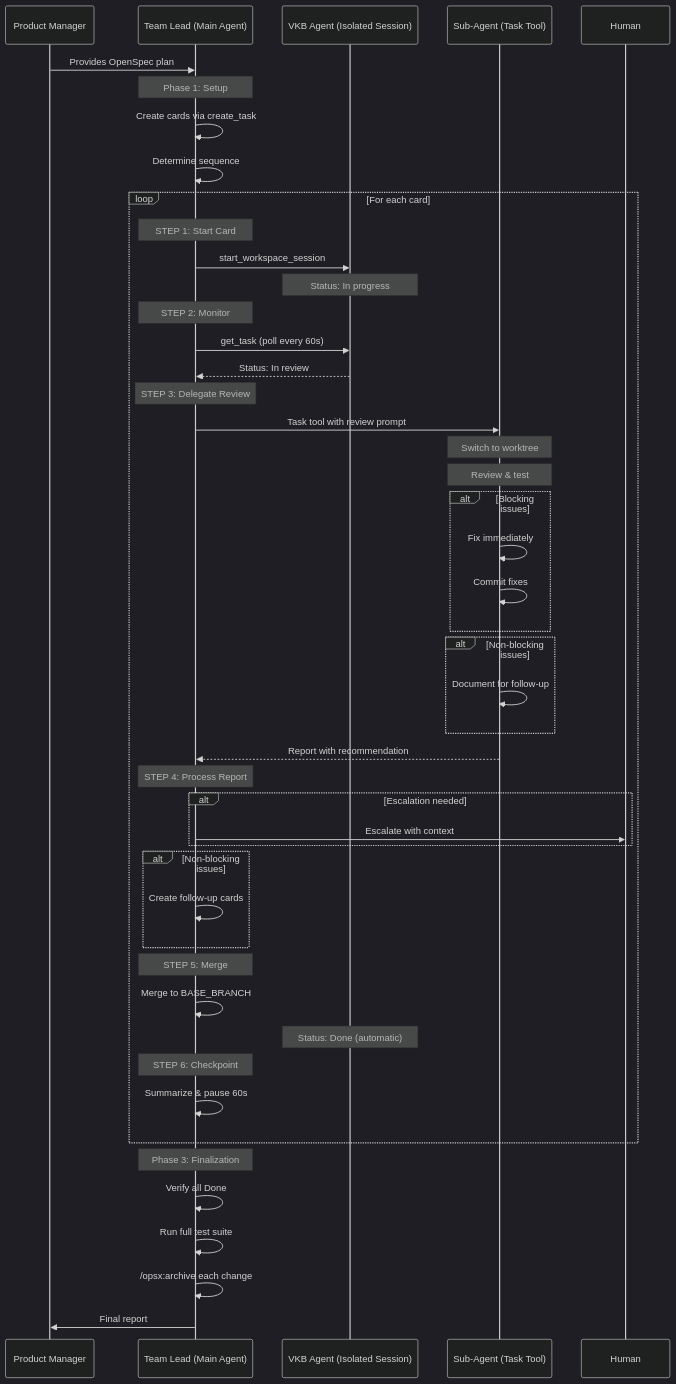
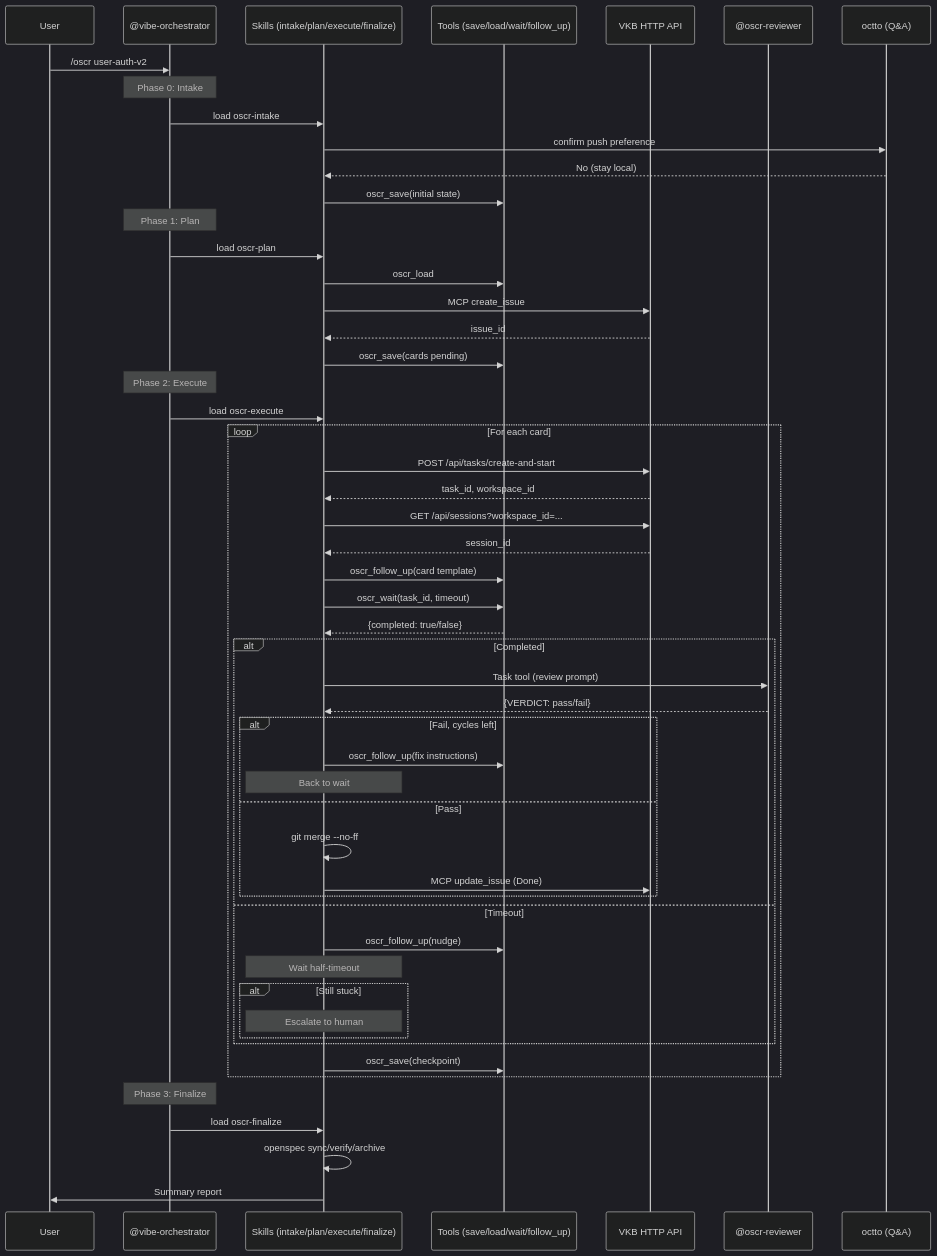
One commit to devensoft/opencode-vkb-oscr changed the third of 4 diagrams in docs/diagrams.md. Above: the diagram before and after it, drawn with Mermaid (dark theme). The commit also changed other lines of this file and 9 other files, not shown here.

First line of the commit message:
docs: update all documentation for new architecture

````diff
--- a/docs/diagrams.md
+++ b/docs/diagrams.md
@@ -105,60 +106,65 @@
 ```mermaid
 sequenceDiagram
-    participant PM as Product Manager
-    participant TL as Team Lead (Main Agent)
-    participant VKB as VKB Agent (Isolated Session)
-    participant SA as Sub-Agent (Task Tool)
-    participant Human as Human
+    participant User
+    participant VO as @vibe-orchestrator
+    participant Skill as Skills (intake/plan/execute/finalize)
+    participant Tool as Tools (save/load/wait/follow_up)
+    participant VKB as VKB HTTP API
+    participant Reviewer as @oscr-reviewer
+    participant Octto as octto (Q&A)
 
-    PM->>TL: Provides OpenSpec plan
+    User->>VO: /oscr user-auth-v2
     
-    Note over TL: Phase 1: Setup
-    TL->>TL: Create cards via create_task
-    TL->>TL: Determine sequence
+    Note over VO: Phase 0: Intake
+    VO->>Skill: load oscr-intake
+    Skill->>Octto: confirm push preference
+    Octto-->>Skill: No (stay local)
+    Skill->>Tool: oscr_save(initial state)
+    
+    Note over VO: Phase 1: Plan
+    VO->>Skill: load oscr-plan
+    Skill->>Tool: oscr_load
+    Skill->>VKB: MCP create_issue
+    VKB-->>Skill: issue_id
+    Skill->>Tool: oscr_save(cards pending)
+    
+    Note over VO: Phase 2: Execute
+    VO->>Skill: load oscr-execute
     
     loop For each card
-        Note over TL: STEP 1: Start Card
-        TL->>VKB: start_workspace_session
-        Note over VKB: Status: In progress
+        Skill->>VKB: POST /api/tasks/create-and-start
+        VKB-->>Skill: task_id, workspace_id
+        Skill->>VKB: GET /api/sessions?workspace_id=...
+        VKB-->>Skill: session_id
+        Skill->>Tool: oscr_follow_up(card template)
         
-        Note over TL: STEP 2: Monitor
-        TL->>VKB: get_task (poll every 60s)
-        VKB-->>TL: Status: In review
+        Skill->>Tool: oscr_wait(task_id, timeout)
+        Tool-->>Skill: {completed: true/false}
         
-        Note over TL: STEP 3: Delegate Review
-        TL->>SA: Task tool with review prompt
-        
-        Note over SA: Switch to worktree
-        Note over SA: Review & test
-        alt Blocking issues
-            SA->>SA: Fix immediately
-            SA->>SA: Commit fixes
-        end
-        alt Non-blocking issues
-            SA->>SA: Document for follow-up
-        end
-        SA-->>TL: Report with recommendation
-        
-        Note over TL: STEP 4: Process Report
-        alt Escalation needed
-            TL->>Human: Escalate with context
-        end
-        alt Non-blocking issues
-            TL->>TL: Create follow-up cards
+        alt Completed
+            Skill->>Reviewer: Task tool (review prompt)
+            Reviewer-->>Skill: {VERDICT: pass/fail}
+            
+            alt Fail, cycles left
+                Skill->>Tool: oscr_follow_up(fix instructions)
+                Note over Skill: Back to wait
+            else Pass
+                Skill->>Skill: git merge --no-ff
+                Skill->>VKB: MCP update_issue (Done)
+            end
+        else Timeout
+            Skill->>Tool: oscr_follow_up(nudge)
+            Note over Skill: Wait half-timeout
+            alt Still stuck
+                Note over Skill: Escalate to human
+            end
         end
         
-        Note over TL: STEP 5: Merge
-        TL->>TL: Merge to BASE_BRANCH
-        Note over VKB: Status: Done (automatic)
-        
-        Note over TL: STEP 6: Checkpoint
-        TL->>TL: Summarize & pause 60s
+        Skill->>Tool: oscr_save(checkpoint)
     end
     
-    Note over TL: Phase 3: Finalization
-    TL->>TL: Verify all Done
-    TL->>TL: Run full test suite
-    TL->>TL: /opsx:archive each change
-    TL->>PM: Final report
-
+    Note over VO: Phase 3: Finalize
+    VO->>Skill: load oscr-finalize
+    Skill->>Skill: openspec sync/verify/archive
+    Skill->>User: Summary report
 ```
````
